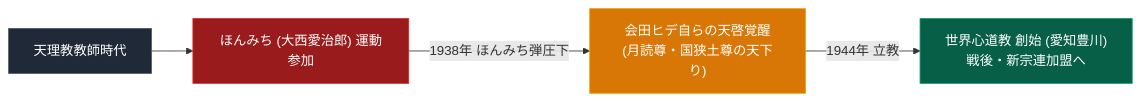
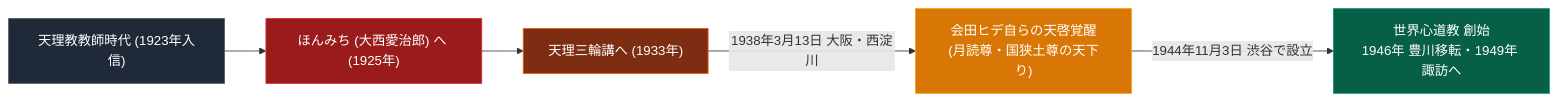
Before and after one commit to iida-masashi/religion-garden: the diagram in content/01_宗派・異端研究/09_人物/会田ヒデ.md, drawn with Mermaid. The commit also changed other lines of this file and 251 other files, not shown here.

````diff
--- a/content/01_宗派・異端研究/09_人物/会田ヒデ.md
+++ b/content/01_宗派・異端研究/09_人物/会田ヒデ.md
@@ -24,11 +24,13 @@
 ```mermaid
 graph LR
-    A["<div style='color:#ffffff;'>天理教教師時代</div>"] --> B["<div style='color:#ffffff;'>ほんみち (大西愛治郎) 運動参加</div>"]
-    B -->|1938年 ほんみち弾圧下| C["会田ヒデ自らの天啓覚醒<br>(月読尊・国狭土尊の天下り)"]
-    C -->|1944年 立教| D["<div style='color:#ffffff;'>世界心道教 創始 (愛知豊川)<br>戦後・新宗連加盟へ</div>"]
+    A["<div style='color:#ffffff;'>天理教教師時代 (1923年入信)</div>"] --> B["<div style='color:#ffffff;'>ほんみち (大西愛治郎) へ (1925年)</div>"]
+    B --> C["<div style='color:#ffffff;'>天理三輪講へ (1933年)</div>"]
+    C -->|1938年3月13日 大阪・西淀川| D["<div style='color:#ffffff;'>会田ヒデ自らの天啓覚醒<br>(月読尊・国狭土尊の天下り)</div>"]
+    D -->|1944年11月3日 渋谷で設立| E["<div style='color:#ffffff;'>世界心道教 創始<br>1946年 豊川移転・1949年 諏訪へ</div>"]
     
     style A fill:#1f2937,stroke:#4b5563,color:#fff
     style B fill:#991b1b,stroke:#dc2626,color:#fff
-    style C fill:#d97706,stroke:#f59e0b,color:#fff
-    style D fill:#065f46,stroke:#059669,color:#fff
+    style C fill:#7c2d12,stroke:#ea580c,color:#fff
+    style D fill:#d97706,stroke:#f59e0b,color:#fff
+    style E fill:#065f46,stroke:#059669,color:#fff
 ```
````
